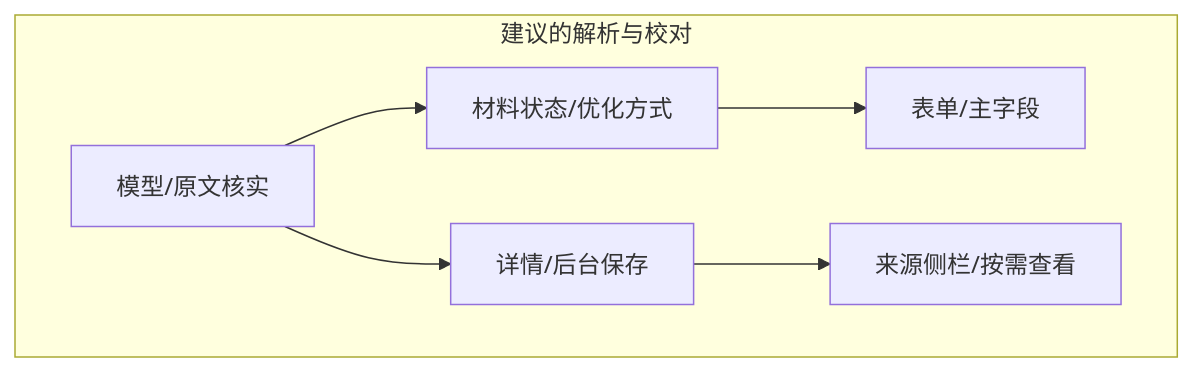
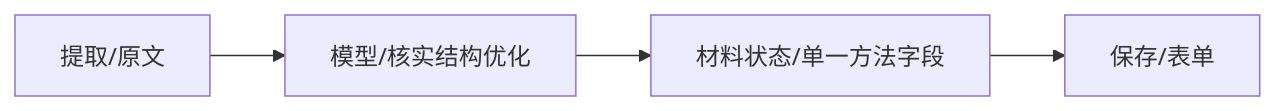
Before and after one commit to JLU-ICCMS-MaYuan/SC-Wiki: the diagram in docs/investigations/2026-11-01-structure-optimization/goal-3.md, drawn with Mermaid. The commit also changed other lines of this file and 1 other file, not shown here.

Commit message:
[修改目的] 联网核实结构优化三分类并按用户要求撤回详情保留方案
[时间] 提交日期 2026-11-01 17:48:14 CST
[修改目的] 仅保留结构优化方法单字段，明确三类含义和SSCHA结构优化判据
[修改内容]
- docs/investigations/2026-11-01-structure-optimization/goal-3.md: 更新265字符结论与单字段核对流程，取消其他8项后台及侧栏详情保留建议
- docs/investigations/2026-11-01-structure-optimization/evidence.json: 记录用户新要求、SSCHA/Phonopy/VASP官方联网证据、分类边界及旧建议被替代状态
[影响范围] 仅目标3调查与讨论方案；尚未修改业务代码、真实草稿或数据库
[验证方式] 六份官方网页HTTP 200与原文摘录核对；三类选项及八项取消范围、JSON、文档长度、相对链接、源码哈希和diff校验通过
已更改 2 个文件, 154 行插入(+), 12 行删除(-)

````diff
--- a/docs/investigations/2026-11-01-structure-optimization/goal-3.md
+++ b/docs/investigations/2026-11-01-structure-optimization/goal-3.md
@@ -7,9 +7,6 @@
 ```mermaid
-flowchart TD
-subgraph 建议的解析与校对
- A[模型/原文核实]-->B[材料状态/优化方式]
- A-->C[详情/后台保存]
- B-->D[表单/主字段]
- C-->E[来源侧栏/按需查看]
-end
+flowchart LR
+ A[提取/原文]-->B[模型/核实结构优化]
+ B-->C[材料状态/单一方法字段]
+ C-->D[保存/表单]
 ```
````
